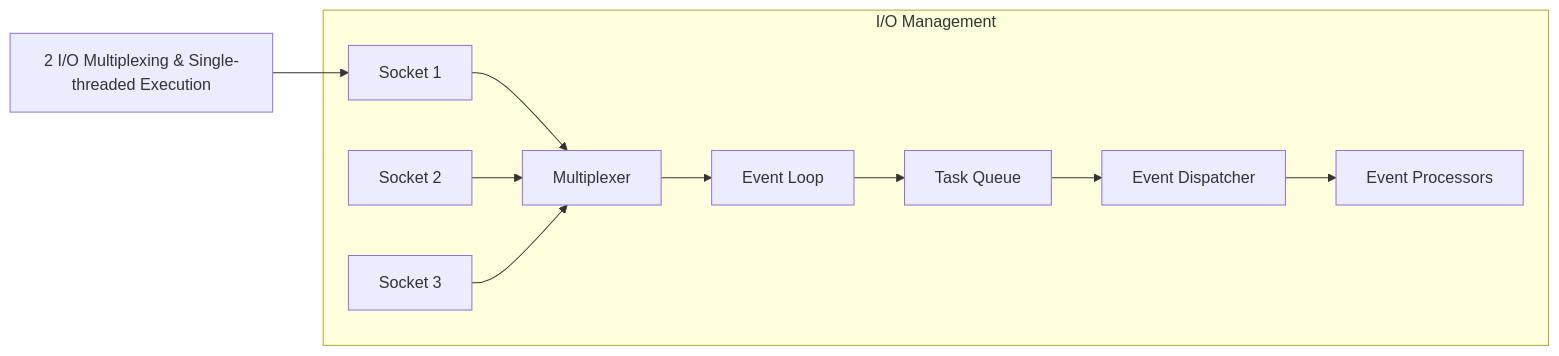
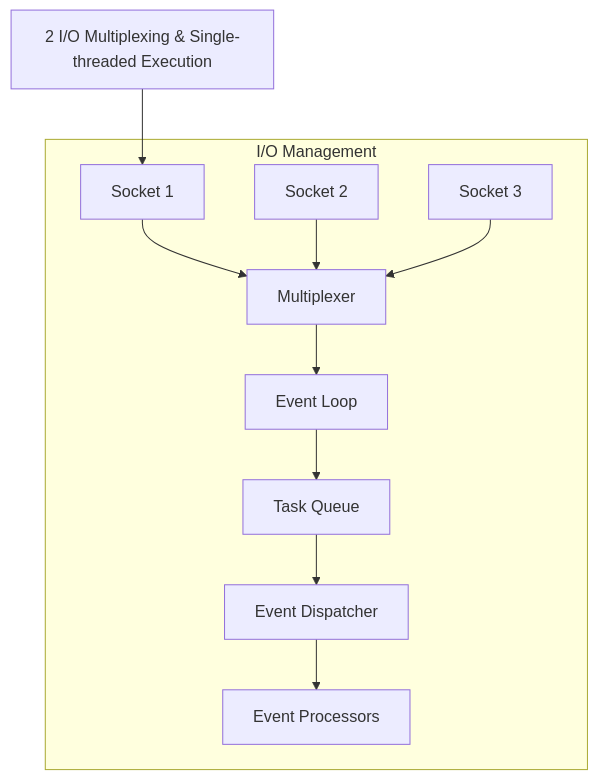
One commit to uwspstar/20-Day-Challenge-List changed the second of 3 diagrams in System Design/System Design Interview/为什么Redis如此快速.md. Above: the diagram before and after it, drawn with Mermaid.

````diff
--- a/System Design/System Design Interview/为什么Redis如此快速.md
+++ b/System Design/System Design Interview/为什么Redis如此快速.md
@@ -64,23 +64,23 @@
 ```mermaid
-flowchart LR
+flowchart TB
         IO["2 I/O Multiplexing & Single-threaded Execution"]
         
         subgraph "I/O Management"
             Socket1["Socket 1"]
             Socket2["Socket 2"]
             Socket3["Socket 3"]
             Mux["Multiplexer"]
             ELoop["Event Loop"]
             Queue["Task Queue"]
             Dispatch["Event Dispatcher"]
             Process["Event Processors"]
         end
         
         Socket1 & Socket2 & Socket3 --> Mux
         Mux --> ELoop
         ELoop --> Queue
         Queue --> Dispatch
         Dispatch --> Process
         
         IO --> Socket1
 ```
````
